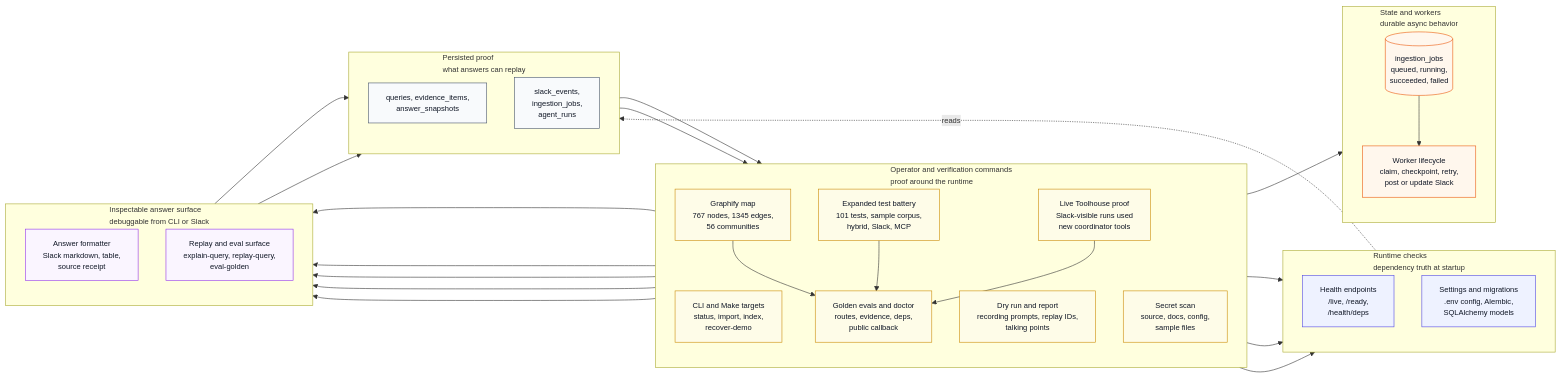
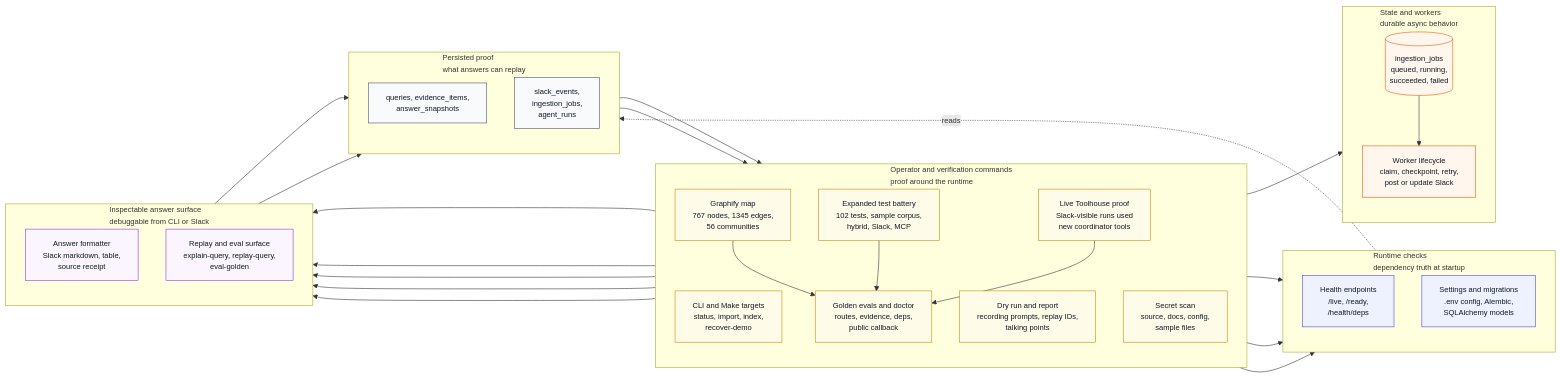
The fifth of 8 diagrams in README.md (Aqwerty321/CRE-Knowledge-Engine), drawn with Mermaid before and after one commit. The commit also changed other lines of this file and 12 other files, not shown here.

````diff
--- a/README.md
+++ b/README.md
@@ -318,68 +318,68 @@
 ```mermaid
 %%{init: {"flowchart": {"htmlLabels": true, "curve": "basis", "nodeSpacing": 48, "rankSpacing": 62, "wrappingWidth": 190}, "themeVariables": {"fontSize": "13px"}} }%%
 flowchart LR
     classDef ops fill:#fefce8,stroke:#ca8a04,color:#111827
     classDef app fill:#eef2ff,stroke:#4f46e5,color:#111827
     classDef store fill:#f8fafc,stroke:#475569,color:#111827
     classDef answer fill:#faf5ff,stroke:#9333ea,color:#111827
     classDef jobs fill:#fff7ed,stroke:#ea580c,color:#111827
 
     subgraph O["Operator and verification commands<br/>proof around the runtime"]
         direction TB
         O1["CLI and Make targets<br/>status, import, index,<br/>recover-demo"]
         O2["Golden evals and doctor<br/>routes, evidence, deps,<br/>public callback"]
         O3["Dry run and report<br/>recording prompts, replay IDs,<br/>talking points"]
         O4["Secret scan<br/>source, docs, config,<br/>sample files"]
         O5["Graphify map<br/>767 nodes, 1345 edges,<br/>56 communities"]
-        O6["Expanded test battery<br/>101 tests, sample corpus,<br/>hybrid, Slack, MCP"]
+        O6["Expanded test battery<br/>102 tests, sample corpus,<br/>hybrid, Slack, MCP"]
         O7["Live Toolhouse proof<br/>Slack-visible runs used<br/>new coordinator tools"]
     end
 
     subgraph A["Runtime checks<br/>dependency truth at startup"]
         direction TB
         A3["Health endpoints<br/>/live, /ready,<br/>/health/deps"]
         A5["Settings and migrations<br/>.env config, Alembic,<br/>SQLAlchemy models"]
     end
 
     subgraph J["State and workers<br/>durable async behavior"]
         direction TB
         J0[("ingestion_jobs<br/>queued, running,<br/>succeeded, failed")]
         J4["Worker lifecycle<br/>claim, checkpoint, retry,<br/>post or update Slack"]
     end
 
     subgraph E["Persisted proof<br/>what answers can replay"]
         direction TB
         E4["queries, evidence_items,<br/>answer_snapshots"]
         E5["slack_events,<br/>ingestion_jobs,<br/>agent_runs"]
     end
 
     subgraph R["Inspectable answer surface<br/>debuggable from CLI or Slack"]
         direction TB
         R4["Answer formatter<br/>Slack markdown, table,<br/>source receipt"]
         R5["Replay and eval surface<br/>explain-query, replay-query,<br/>eval-golden"]
     end
 
     O1 --> J0 --> J4
     O1 --> A3
     O2 --> A3
     O2 --> R5
     O3 --> R4
     O3 --> R5
     O4 --> A5
     O5 --> O2
     O6 --> O2
     O6 --> R5
     O7 --> O2
     O7 --> R5
     A3 -.reads.-> E5
     R4 --> E4
     R5 --> E4
     E4 --> O3
     E5 --> O2
 
     class O1,O2,O3,O4,O5,O6,O7 ops
     class A3,A5 app
     class J0,J4 jobs
     class E4,E5 store
     class R4,R5 answer
 ```
````
